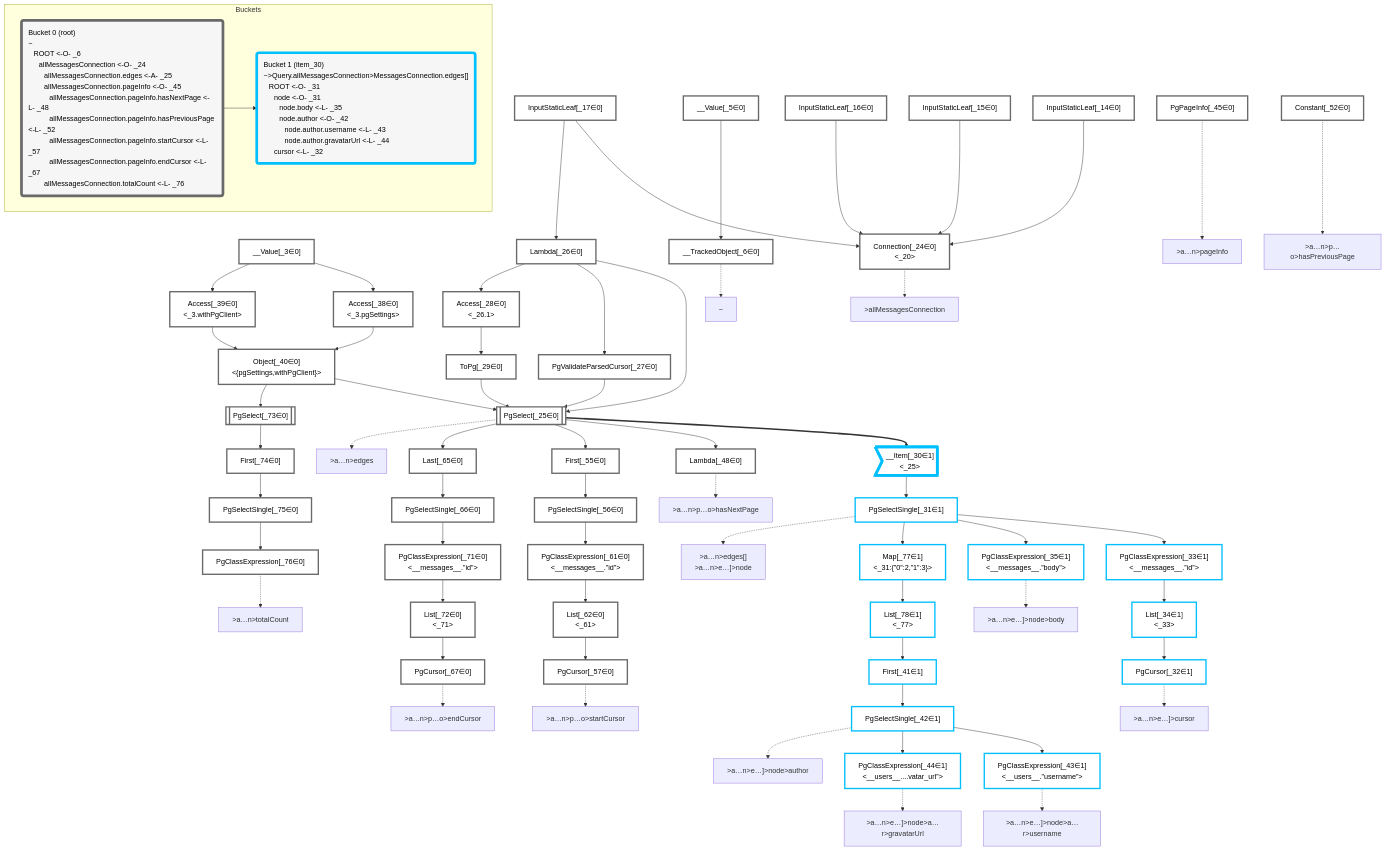
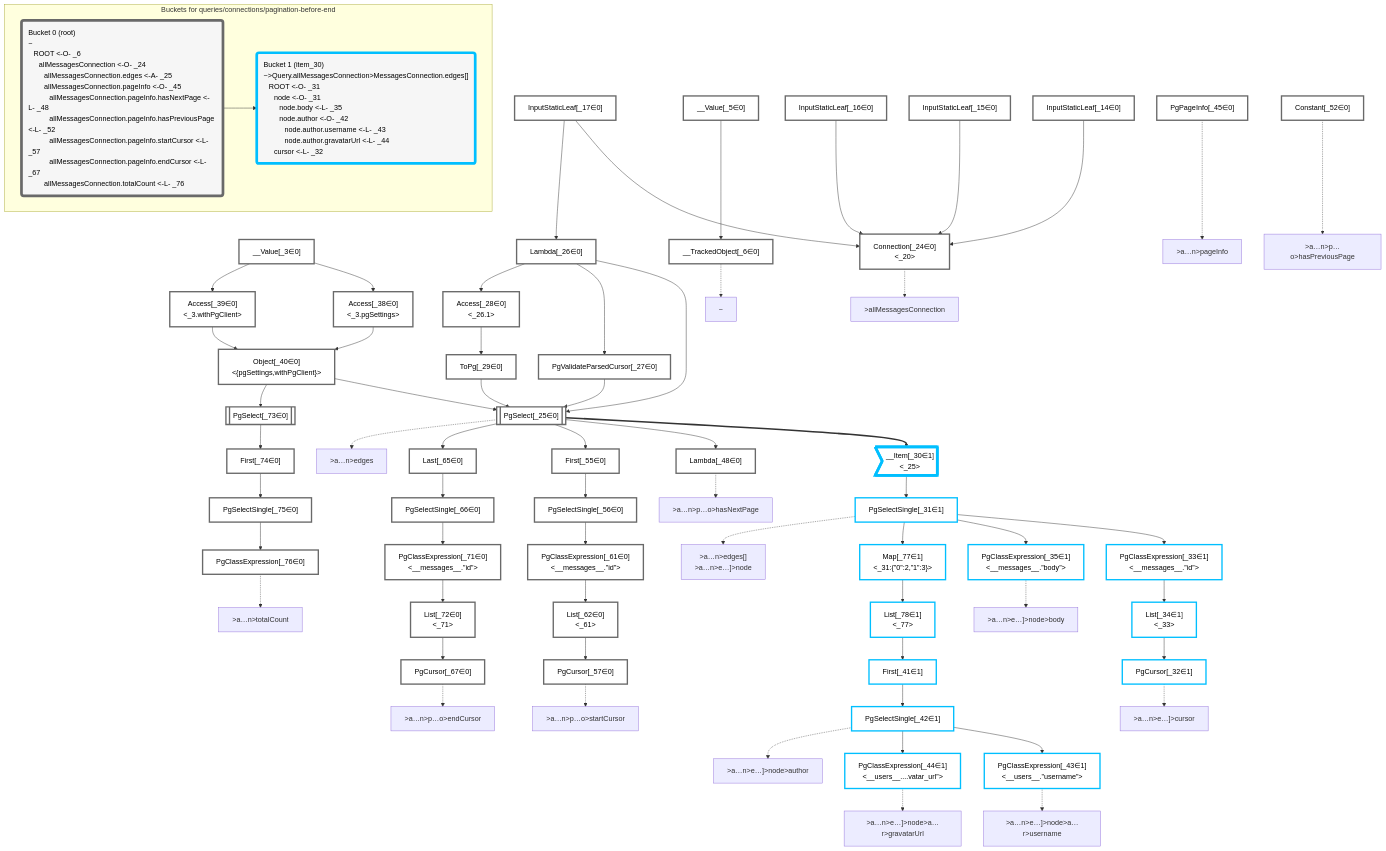
Before and after one commit to graphile/crystal: the diagram in packages/dataplan-pg/__tests__/queries/connections/pagination-before-end.mermaid.md, drawn with Mermaid. The commit also changed 195 other files, not shown here.

```diff
--- a/packages/dataplan-pg/__tests__/queries/connections/pagination-before-end.mermaid.md
+++ b/packages/dataplan-pg/__tests__/queries/connections/pagination-before-end.mermaid.md
@@ -138,7 +138,7 @@
     classDef bucket1 stroke:#00bfff
     class __Item_30,PgSelectSingle_31,PgCursor_32,PgClassExpression_33,List_34,PgClassExpression_35,First_41,PgSelectSingle_42,PgClassExpression_43,PgClassExpression_44,Map_77,List_78 bucket1
 
-    subgraph Buckets
+    subgraph "Buckets for queries/connections/pagination-before-end"
     Bucket0("Bucket 0 (root)<br />~<br />⠀ROOT <-O- _6<br />⠀⠀allMessagesConnection <-O- _24<br />⠀⠀⠀allMessagesConnection.edges <-A- _25<br />⠀⠀⠀allMessagesConnection.pageInfo <-O- _45<br />⠀⠀⠀⠀allMessagesConnection.pageInfo.hasNextPage <-L- _48<br />⠀⠀⠀⠀allMessagesConnection.pageInfo.hasPreviousPage <-L- _52<br />⠀⠀⠀⠀allMessagesConnection.pageInfo.startCursor <-L- _57<br />⠀⠀⠀⠀allMessagesConnection.pageInfo.endCursor <-L- _67<br />⠀⠀⠀allMessagesConnection.totalCount <-L- _76"):::bucket
     style Bucket0 stroke:#696969
     Bucket1("Bucket 1 (item_30)<br />~>Query.allMessagesConnection>MessagesConnection.edges[]<br />⠀ROOT <-O- _31<br />⠀⠀node <-O- _31<br />⠀⠀⠀node.body <-L- _35<br />⠀⠀⠀node.author <-O- _42<br />⠀⠀⠀⠀node.author.username <-L- _43<br />⠀⠀⠀⠀node.author.gravatarUrl <-L- _44<br />⠀⠀cursor <-L- _32"):::bucket
```
